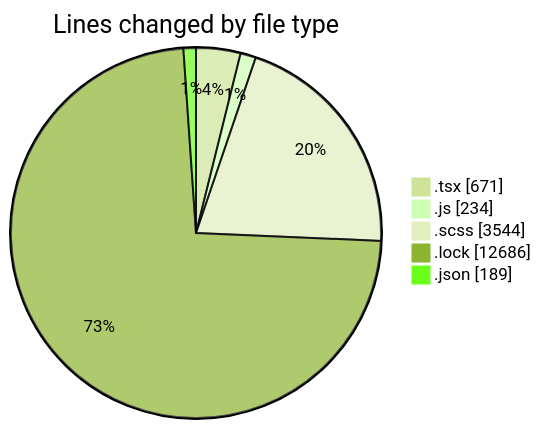
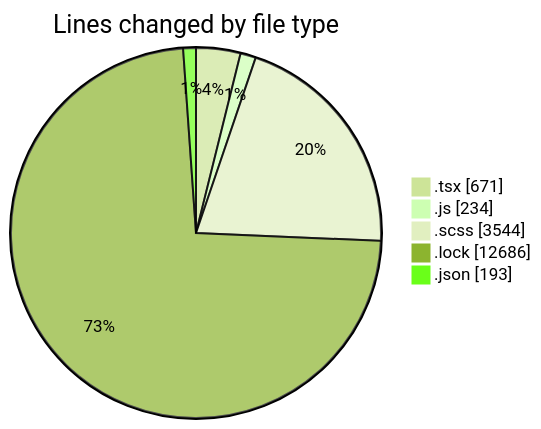
Before and after one commit to momahboobian/code-tracking: the first of 2 diagrams in 2026-01-22/cda-web-components/README.md, drawn with Mermaid (forest theme). The commit also changed other lines of this file and 1 other file, not shown here.

````diff
--- a/2026-01-22/cda-web-components/README.md
+++ b/2026-01-22/cda-web-components/README.md
@@ -56,9 +56,9 @@
 ```mermaid
 pie showData
 title Lines changed by file type
 ".tsx" : 671
 ".js" : 234
 ".scss" : 3544
 ".lock" : 12686
-".json" : 189
+".json" : 193
 ```
````
